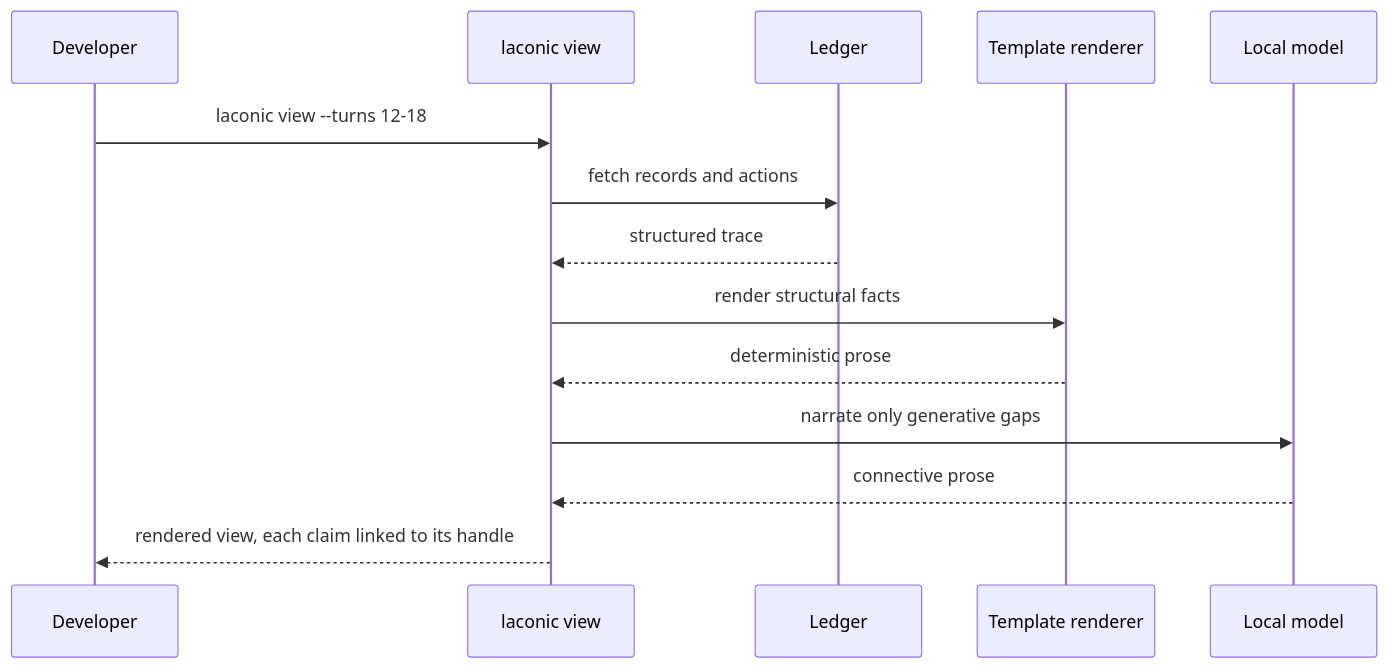
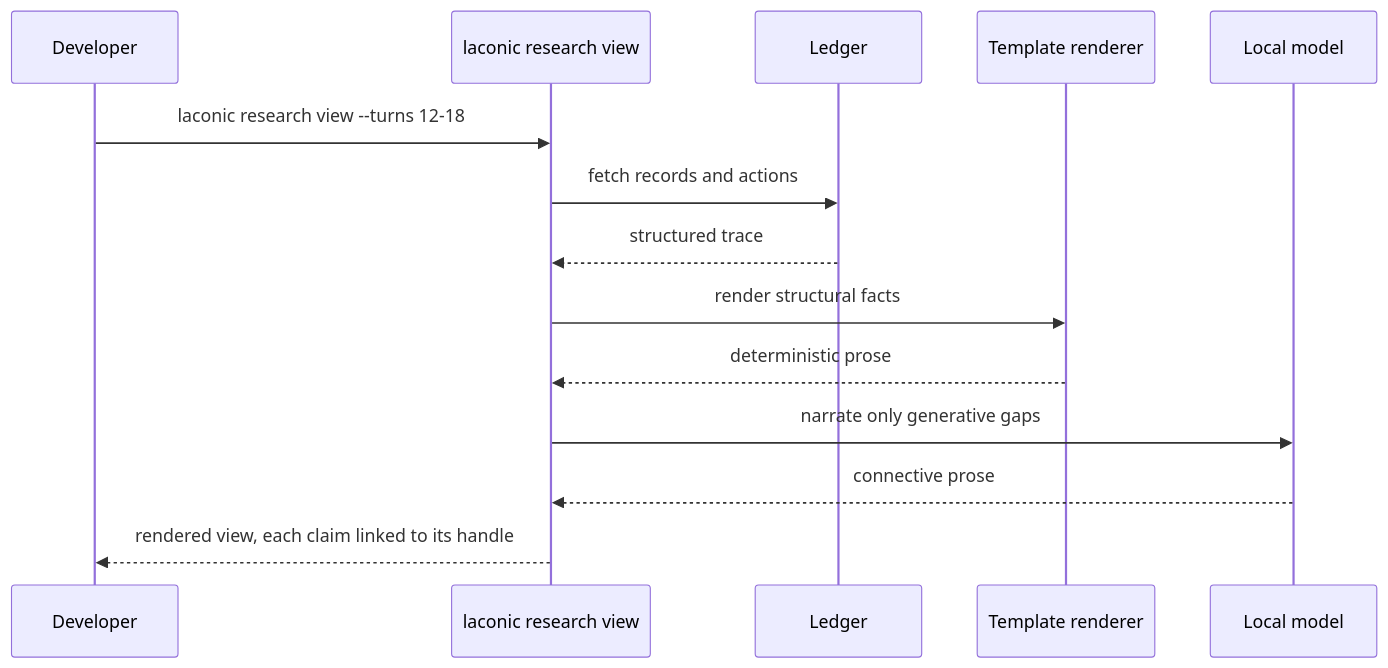
The third of 5 diagrams in docs/system-design.md (Mathews-Tom/laconic), drawn with Mermaid before and after one commit. The commit also changed other lines of this file and 11 other files, not shown here.

````diff
--- a/docs/system-design.md
+++ b/docs/system-design.md
@@ -313,17 +316,17 @@
 ```mermaid
 sequenceDiagram
     participant H as Developer
-    participant CLI as laconic view
+    participant CLI as laconic research view
     participant LG as Ledger
     participant T as Template renderer
     participant LM as Local model
 
-    H->>CLI: laconic view --turns 12-18
+    H->>CLI: laconic research view --turns 12-18
     CLI->>LG: fetch records and actions
     LG-->>CLI: structured trace
     CLI->>T: render structural facts
     T-->>CLI: deterministic prose
     CLI->>LM: narrate only generative gaps
     LM-->>CLI: connective prose
     CLI-->>H: rendered view, each claim linked to its handle
 ```
````
